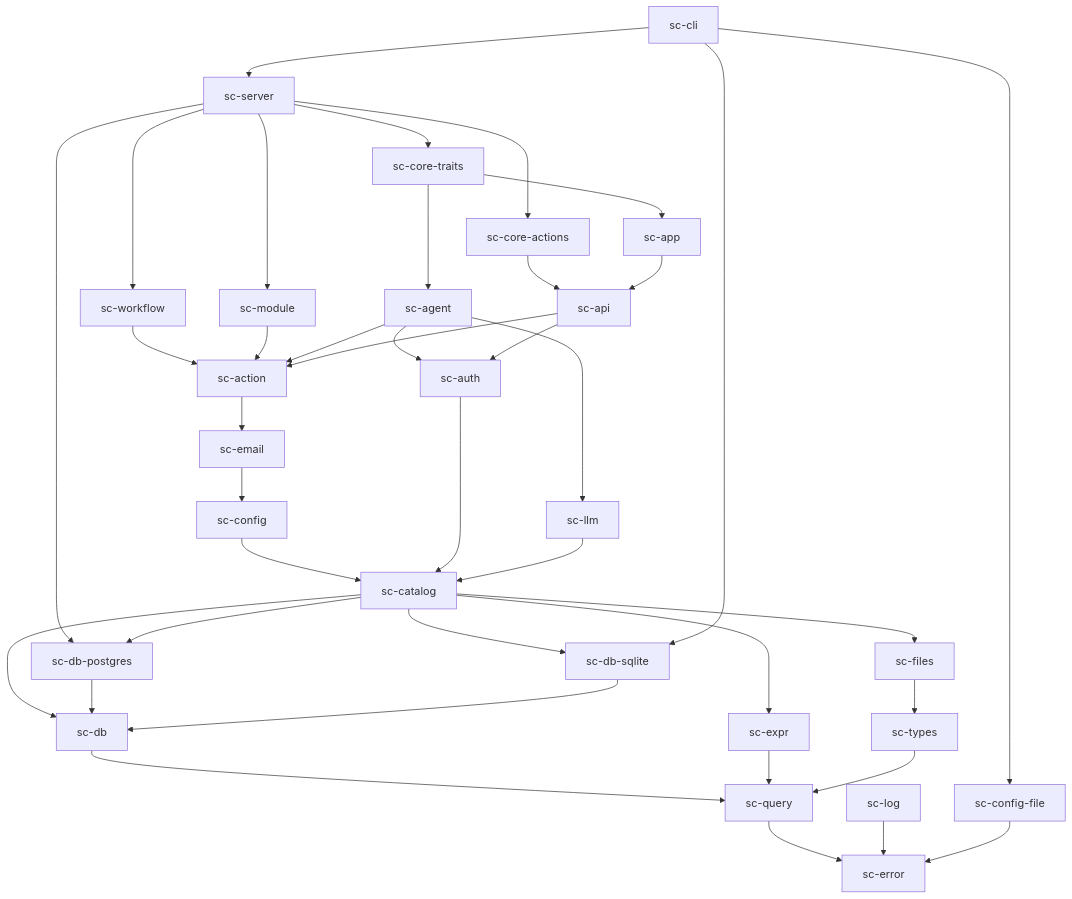
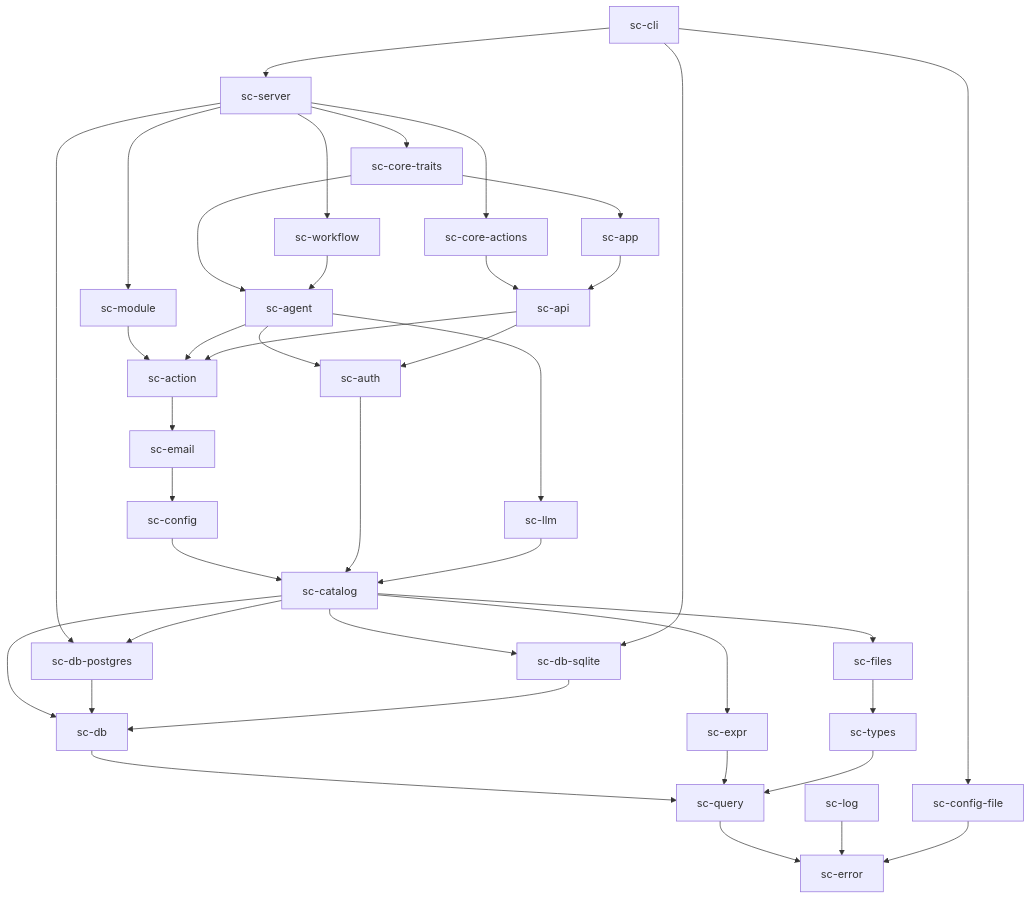
The first of 2 diagrams in docs/TECHNICAL_DESIGN.md (christianhugoch/feldspar), drawn with Mermaid before and after one commit. The commit also changed other lines of this file and 18 other files, not shown here.

````diff
--- a/docs/TECHNICAL_DESIGN.md
+++ b/docs/TECHNICAL_DESIGN.md
@@ -116,41 +116,41 @@
 ```mermaid
 graph TD
   cli["sc-cli"] --> server["sc-server"]
   cli --> cfgfile["sc-config-file"]
   server --> coreact["sc-core-actions"]
   server --> coretraits["sc-core-traits"]
   server --> pg["sc-db-postgres"]
   coretraits --> agent["sc-agent"]
   coretraits --> app["sc-app"]
   coreact --> api["sc-api"]
   server --> module["sc-module"]
   server --> workflow["sc-workflow"]
-  workflow --> action
+  workflow --> agent
   module --> action["sc-action"]
   app --> api
   agent --> action
   agent --> auth["sc-auth"]
   agent --> llm["sc-llm"]
   api --> action
   api --> auth
   action --> email["sc-email"]
   email --> config["sc-config"]
   config --> catalog["sc-catalog"]
   auth --> catalog
   llm --> catalog
   catalog --> db["sc-db"]
   catalog --> pg
   catalog --> sqlite["sc-db-sqlite"]
   cli --> sqlite
   catalog --> expr["sc-expr"]
   catalog --> files["sc-files"]
   pg --> db
   sqlite --> db
   db --> query["sc-query"]
   expr --> query
   files --> types["sc-types"]
   types --> query
   query --> error["sc-error"]
   log["sc-log"] --> error
   cfgfile --> error
 ```
````
